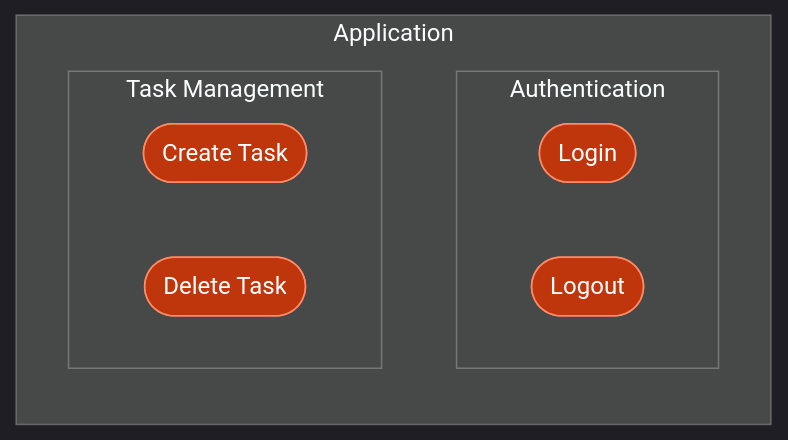
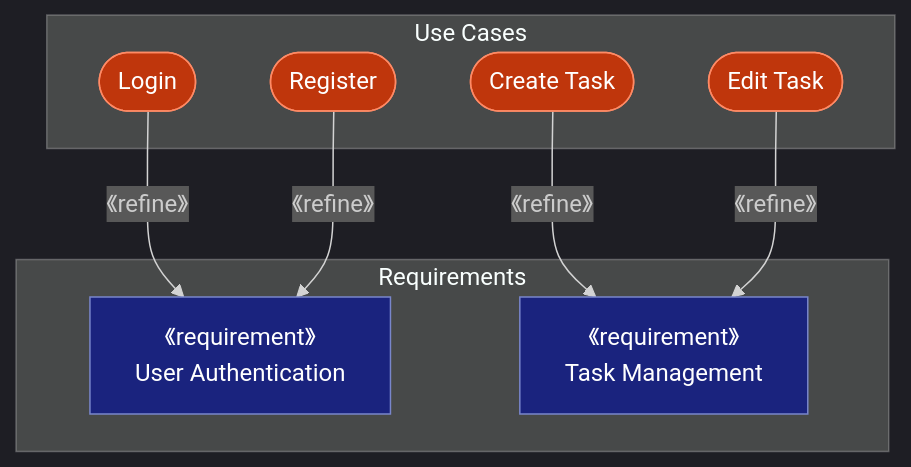
Before and after one commit to ToshikiImagawa/ai-sdd-workflow: diagram 25 of 25 in plugins/sdd-workflow/shared/references/usecase_diagram_guide.md, drawn with Mermaid. The commit also changed other lines of this file and 2 other files, not shown here.

Commit message:
要件図の構文をMermaidの標準仕様に基づき全面更新し、関連記述を最新化。要素、属性、関係性定義の詳細例および記法ガイドを強化。

````diff
--- a/plugins/sdd-workflow/shared/references/usecase_diagram_guide.md
+++ b/plugins/sdd-workflow/shared/references/usecase_diagram_guide.md
@@ -484,18 +686,26 @@
 ```mermaid
 %%{init: {'theme': 'dark'}}%%
-flowchart LR
-    subgraph System [Application]
-        subgraph Auth [Authentication]
-            UC1(["Login"])
-            UC2(["Logout"])
-        end
-        subgraph Tasks [Task Management]
-            UC3(["Create Task"])
-            UC4(["Delete Task"])
-        end
+flowchart TB
+    subgraph Requirements [Requirements]
+        REQ1["《requirement》<br/>User Authentication"]
+        REQ2["《requirement》<br/>Task Management"]
     end
 
+    subgraph UseCases [Use Cases]
+        UC1(["Login"])
+        UC2(["Register"])
+        UC3(["Create Task"])
+        UC4(["Edit Task"])
+    end
+
+    UC1 -->|《refine》| REQ1
+    UC2 -->|《refine》| REQ1
+    UC3 -->|《refine》| REQ2
+    UC4 -->|《refine》| REQ2
+
+    classDef req fill:#1a237e,stroke:#7986cb,color:#fff
     classDef usecase fill:#bf360c,stroke:#ff8a65,color:#fff
 
+    class REQ1,REQ2 req
     class UC1,UC2,UC3,UC4 usecase
 ```
````
